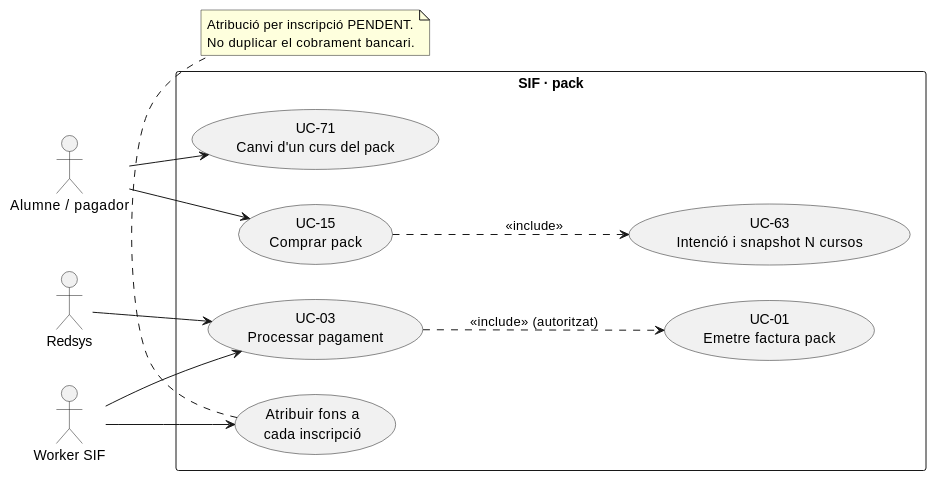
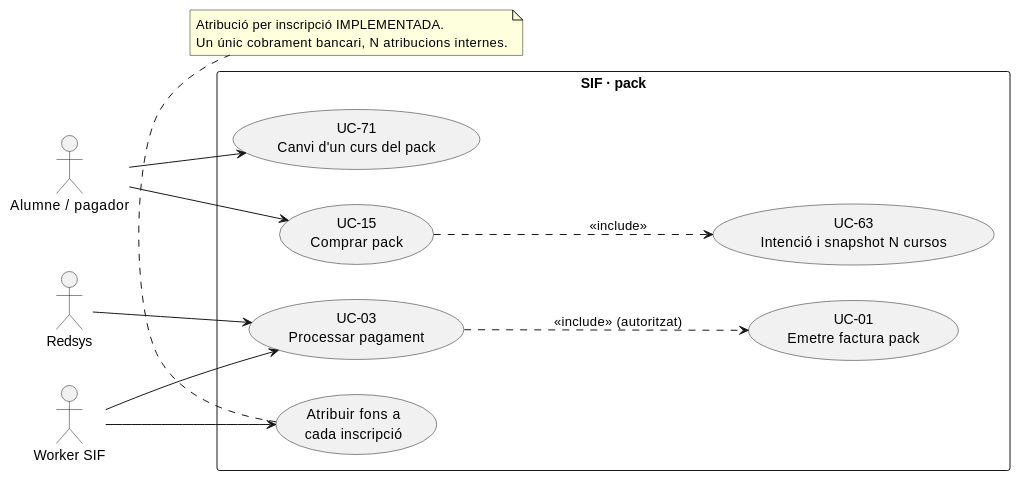
The first of 5 diagrams in documentacio/07-uml-integrat/uc-015-comprar-pack.md (orgmeriemprismacat-del/verifactu), drawn with PlantUML before and after one commit. The commit also changed other lines of this file, not shown here.

Commit message:
docs(UC-015): alinear UML integrat amb ledger i outbox implementats

````diff
--- a/documentacio/07-uml-integrat/uc-015-comprar-pack.md
+++ b/documentacio/07-uml-integrat/uc-015-comprar-pack.md
@@ -85,27 +85,27 @@
 ```plantuml
 @startuml
 left to right direction
 actor "Alumne / pagador" as Student
 actor "Redsys" as Bank
 actor "Worker SIF" as Worker
 rectangle "SIF · pack" {
  usecase "UC-15\nComprar pack" as Pack
  usecase "UC-63\nIntenció i snapshot N cursos" as Intent
  usecase "UC-03\nProcessar pagament" as Callback
  usecase "UC-01\nEmetre factura pack" as Invoice
  usecase "Atribuir fons a\ncada inscripció" as Funds
  usecase "UC-71\nCanvi d'un curs del pack" as Change
 }
 Student --> Pack
 Pack ..> Intent : <<include>>
 Bank --> Callback
 Worker --> Callback
 Callback ..> Invoice : <<include>> (autoritzat)
 Worker --> Funds
 Student --> Change
 note bottom of Funds
- Atribució per inscripció PENDENT.
- No duplicar el cobrament bancari.
+ Atribució per inscripció IMPLEMENTADA.
+ Un únic cobrament bancari, N atribucions internes.
 end note
 @enduml
 ```
````
